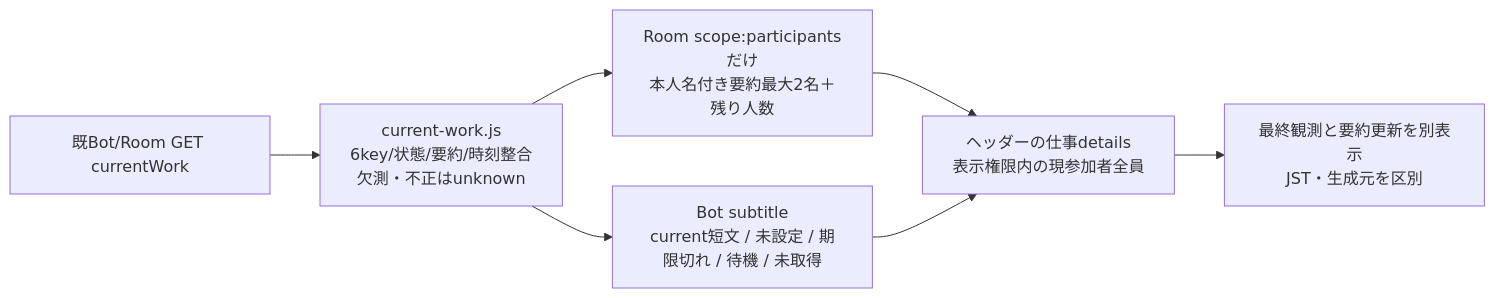
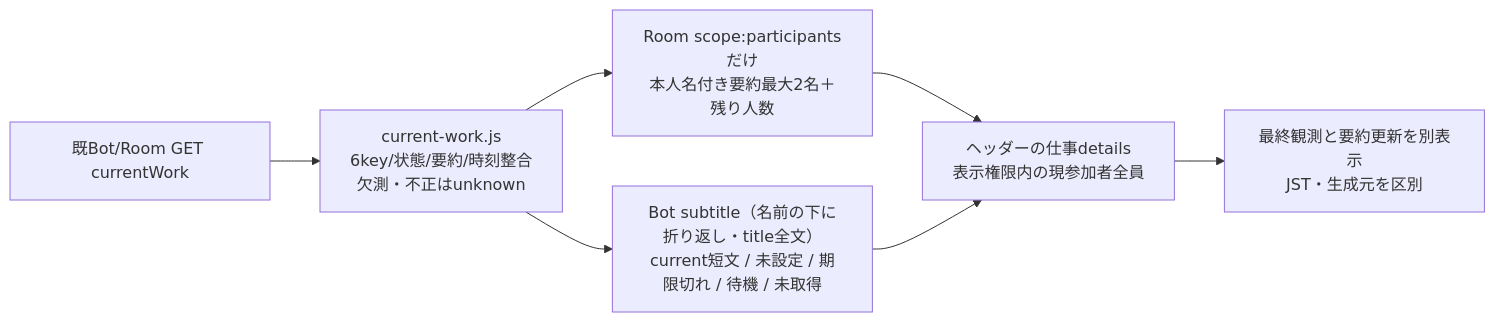
One commit to kitepon/BellTeam changed the second of 3 diagrams in docs/architecture/modules/web/apple-parity.md. Above: the diagram before and after it, drawn with Mermaid. The commit also changed other lines of this file and 2 other files, not shown here.

Commit message:
Show member work summaries in full under the name in the Web list
Owner ruling: summaries are at most width 40 (20 full-width / 40 half-width),
capped by Kiro server-side. The Web list wraps the label instead of cutting it
to one line, keeps the full text in the row title, and lets the header summary
wrap. Measured: width-40 fits without ellipsis on PC and a 360 px phone.

````diff
--- a/docs/architecture/modules/web/apple-parity.md
+++ b/docs/architecture/modules/web/apple-parity.md
@@ -89,9 +89,9 @@
 ```mermaid
 flowchart LR
   GET["既Bot/Room GET currentWork"] --> Boundary["current-work.js<br/>6key/状態/要約/時刻整合<br/>欠測・不正はunknown"]
-  Boundary --> Bot["Bot subtitle<br/>current短文 / 未設定 / 期限切れ / 待機 / 未取得"]
+  Boundary --> Bot["Bot subtitle（名前の下に折り返し・title全文）<br/>current短文 / 未設定 / 期限切れ / 待機 / 未取得"]
   Boundary --> Room["Room scope:participantsだけ<br/>本人名付き要約最大2名＋残り人数"]
   Room --> Detail["ヘッダーの仕事details<br/>表示権限内の現参加者全員"]
   Bot --> Detail
   Detail --> Times["最終観測と要約更新を別表示<br/>JST・生成元を区別"]
 ```
````
